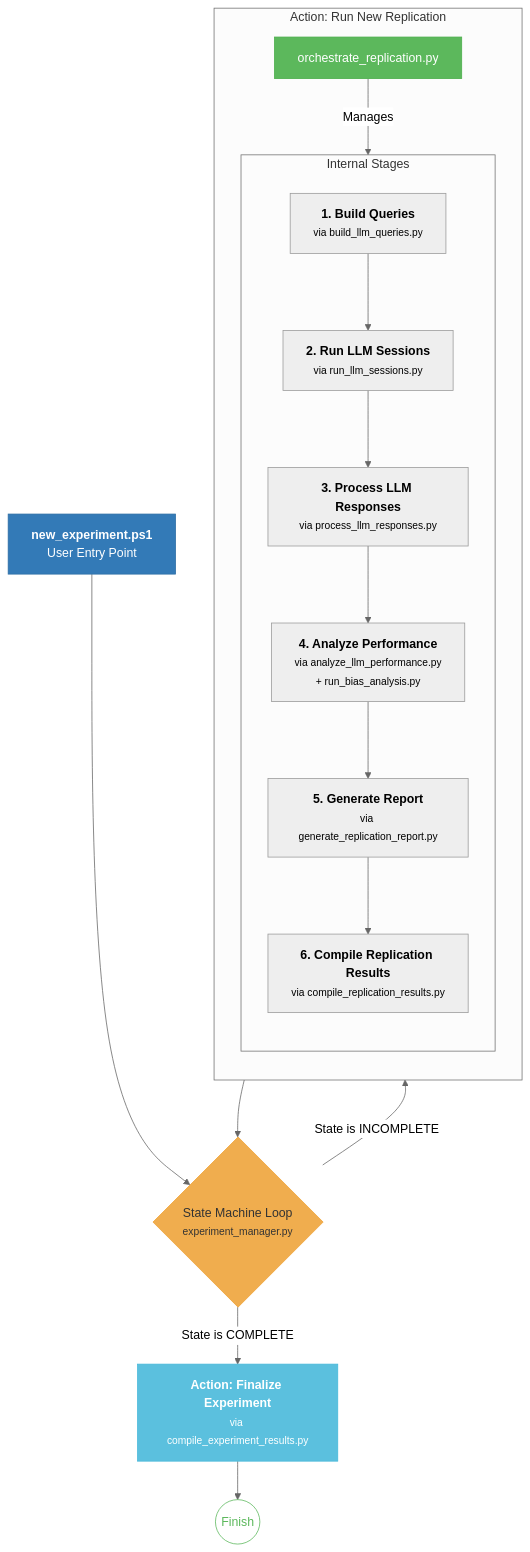
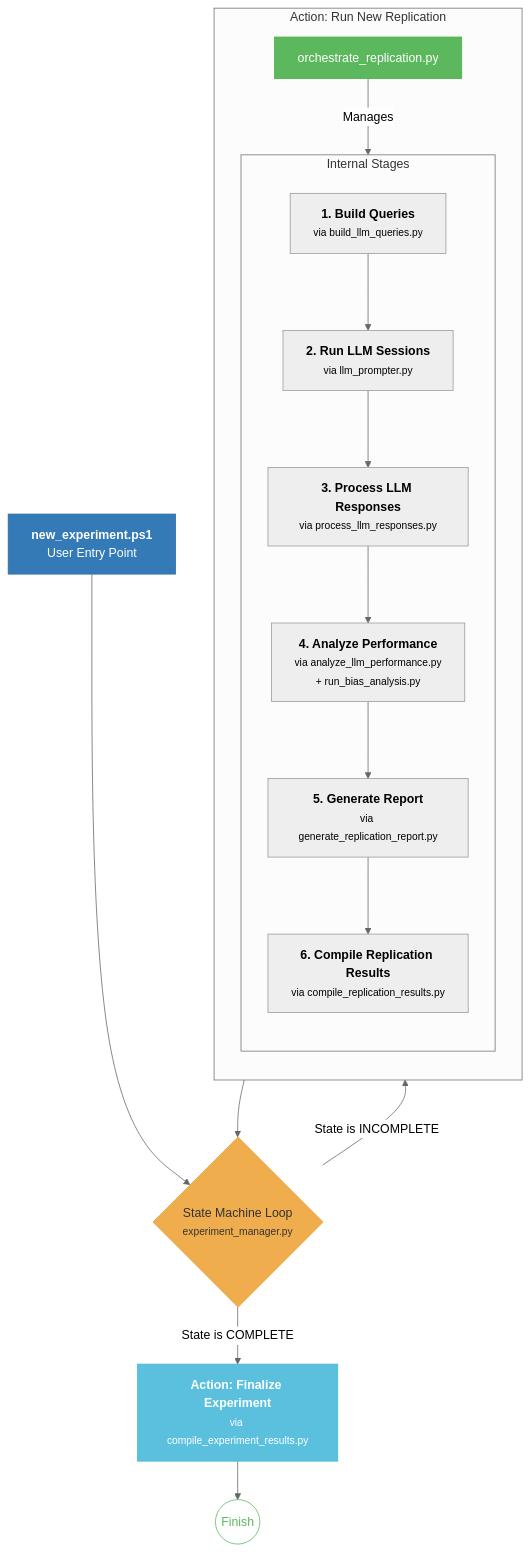
One commit to peterjmarko/llm-narrative-framework changed the diagram in docs/diagrams/flow_main_1_new_experiment.mmd. Above: the diagram before and after it, drawn with Mermaid (neutral theme). The commit also changed 2 other files, not shown here.

Commit message:
docs(diagrams): Update diagrams to reflect removal of run_llm_sessions.py
This commit updates three key architecture and workflow diagrams to align with the current system architecture after a recent refactoring.

The `run_llm_sessions.py` script was removed, and the `orchestrate_replication.py` script now directly manages parallel calls to the `llm_prompter.py` worker.

The following diagrams were modified to reflect this change:
- `arch_main_codebase.mmd`
- `data_main_flow.mmd`
- `flow_main_1_new_experiment.mmd`

```diff
--- a/docs/diagrams/flow_main_1_new_experiment.mmd
+++ b/docs/diagrams/flow_main_1_new_experiment.mmd
@@ -1,29 +1,29 @@
 graph TD
     A["<b>new_experiment.ps1</b><br>User Entry Point"]:::entry --> B{State Machine Loop<br><small>experiment_manager.py</small>}:::layer_orange;
     
     B -- "State is INCOMPLETE" --> C;
     C --> B;
     
     B -- "State is COMPLETE" --> F["<b>Action: Finalize Experiment</b><br><small>via compile_experiment_results.py</small>"]:::script;
     F --> G((Finish)):::finish_node;
 
     subgraph C [Action: Run New Replication]
         direction TB
         Orchestrator["orchestrate_replication.py"]:::layer_green
         subgraph InternalStages [Internal Stages]
             direction TB
             S1["<b>1. Build Queries</b><br><small>via build_llm_queries.py</small>"] --> S2;
-            S2["<b>2. Run LLM Sessions</b><br><small>via run_llm_sessions.py</small>"] --> S3;
+            S2["<b>2. Run LLM Sessions</b><br><small>via llm_prompter.py</small>"] --> S3;
             S3["<b>3. Process LLM Responses</b><br><small>via process_llm_responses.py</small>"] --> S4;
             S4["<b>4. Analyze Performance</b><br><small>via analyze_llm_performance.py<br>+ run_bias_analysis.py</small>"] --> S5;
             S5["<b>5. Generate Report</b><br><small>via generate_replication_report.py</small>"] --> S6;
             S6["<b>6. Compile Replication Results</b><br><small>via compile_replication_results.py</small>"]
         end
         Orchestrator -- Manages --> InternalStages;
     end
     
     classDef entry fill:#337ab7,stroke:#2e6da4,color:#fff;
     classDef layer_orange fill:#f0ad4e,stroke:#eea236,color:#333;
     classDef layer_green fill:#5cb85c,stroke:#4cae4c,color:#fff;
     classDef script fill:#5bc0de,stroke:#46b8da,color:#fff;
     classDef finish_node fill:#fff,stroke:#5cb85c,color:#5cb85c;
```
